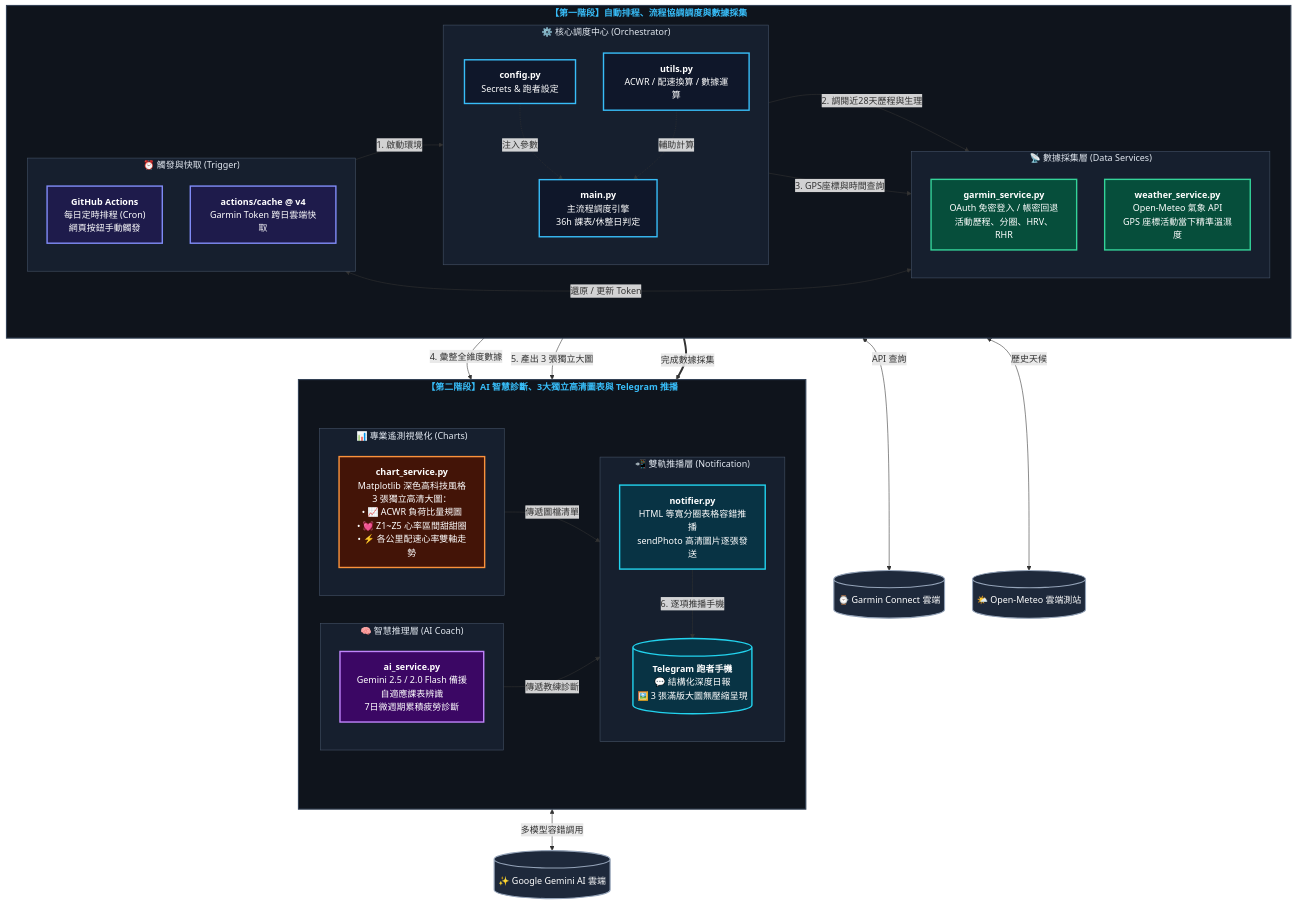
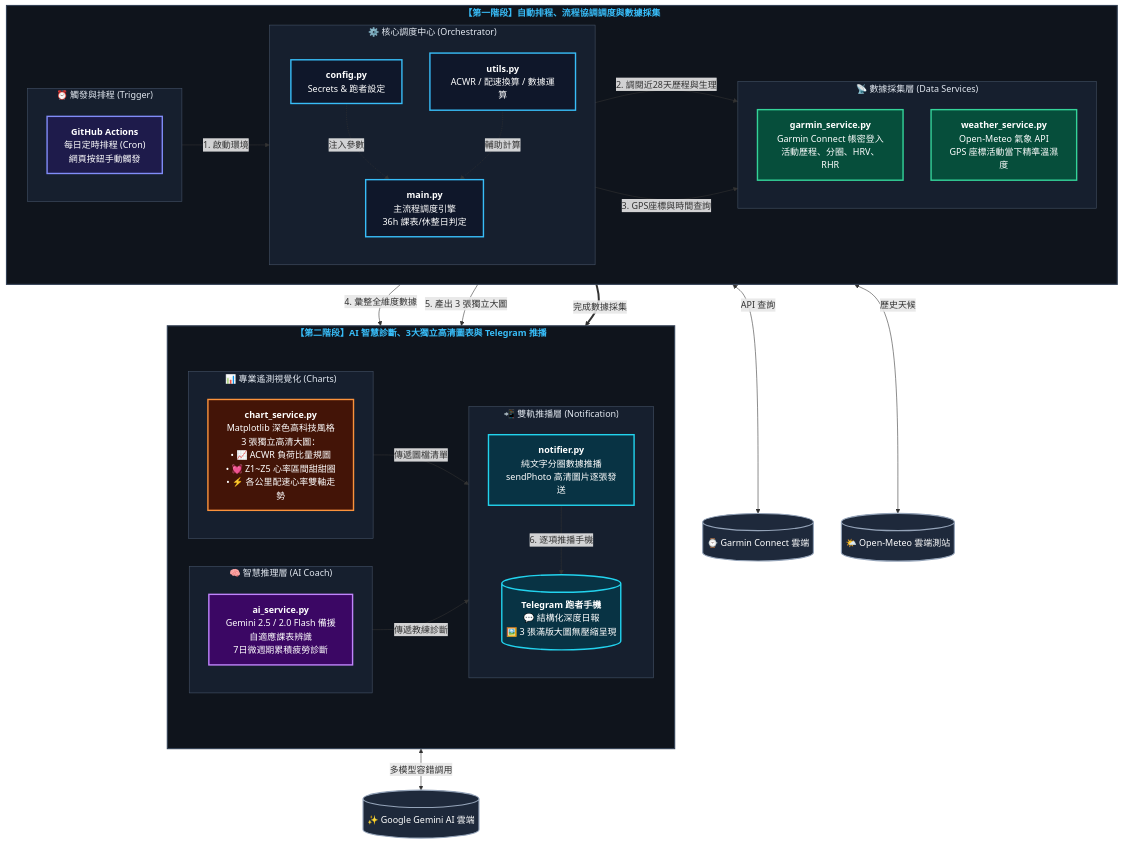
One commit to flin1009/AI_Coach changed the diagram in README.md. Above: the diagram before and after it, drawn with Mermaid. The commit also changed other lines of this file and 5 other files, not shown here.

```diff
--- a/README.md
+++ b/README.md
@@ -26,10 +26,9 @@
     %% ================= 階段一：觸發、調度與資料採集 =================
     subgraph STAGE1["<b>【第一階段】自動排程、流程協調調度與數據採集</b>"]
         direction LR
-        subgraph G_TRIG["⏰ 觸發與快取 (Trigger)"]
+        subgraph G_TRIG["⏰ 觸發與排程 (Trigger)"]
             direction TB
             GHA["<b>GitHub Actions</b><br/>每日定時排程 (Cron)<br/>網頁按鈕手動觸發"]
-            CACHE["<b>actions/cache @ v4</b><br/>Garmin Token 跨日雲端快取"]
         end
 
         subgraph G_CORE["⚙️ 核心調度中心 (Orchestrator)"]
@@ -41,7 +40,7 @@
 
         subgraph G_DATA["📡 數據採集層 (Data Services)"]
             direction TB
-            GARMIN["<b>garmin_service.py</b><br/>OAuth 免密登入 / 帳密回退<br/>活動歷程、分圈、HRV、RHR"]
+            GARMIN["<b>garmin_service.py</b><br/>Garmin Connect 帳密登入<br/>活動歷程、分圈、HRV、RHR"]
             WEATHER["<b>weather_service.py</b><br/>Open-Meteo 氣象 API<br/>GPS 座標活動當下精準溫濕度"]
         end
     end
@@ -61,7 +60,7 @@
 
         subgraph G_PUSH["📲 雙軌推播層 (Notification)"]
             direction TB
-            NOTIFY["<b>notifier.py</b><br/>HTML 等寬分圈表格容錯推播<br/>sendPhoto 高清圖片逐張發送"]
+            NOTIFY["<b>notifier.py</b><br/>純文字分圈數據推播<br/>sendPhoto 高清圖片逐張發送"]
             TG[("<b>Telegram 跑者手機</b><br/>💬 結構化深度日報<br/>🖼️ 3 張滿版大圖無壓縮呈現")]
         end
     end
@@ -73,7 +72,6 @@
 
     %% 連線關聯
     GHA -->|1. 啟動環境| MAIN
-    CACHE <-->|還原 / 更新 Token| GARMIN
     CONF -.->|注入參數| MAIN
     UTIL -.->|輔助計算| MAIN
 
```
